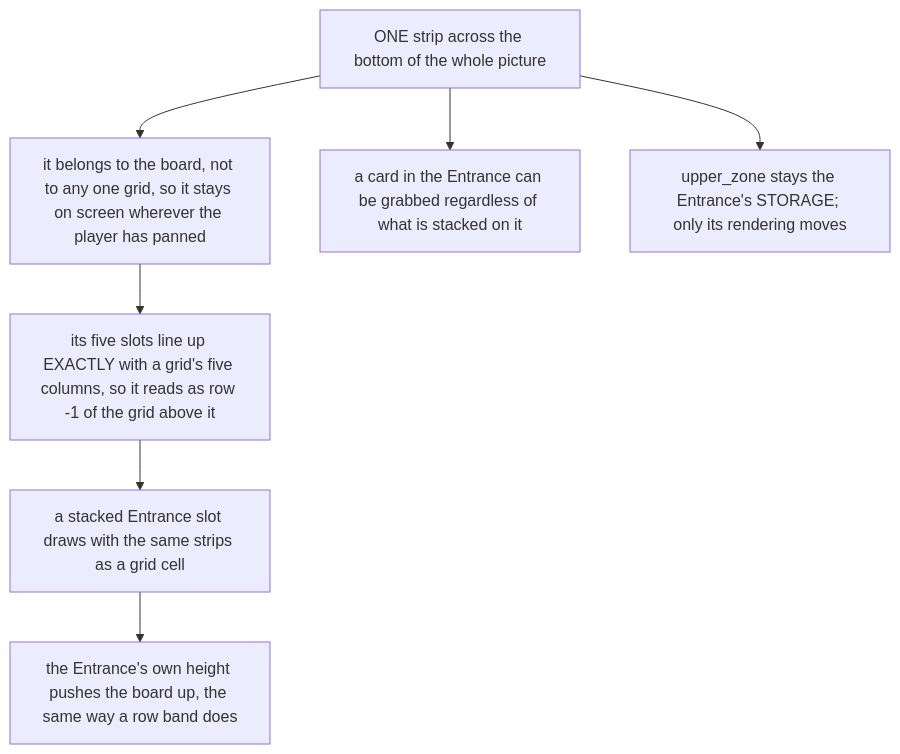
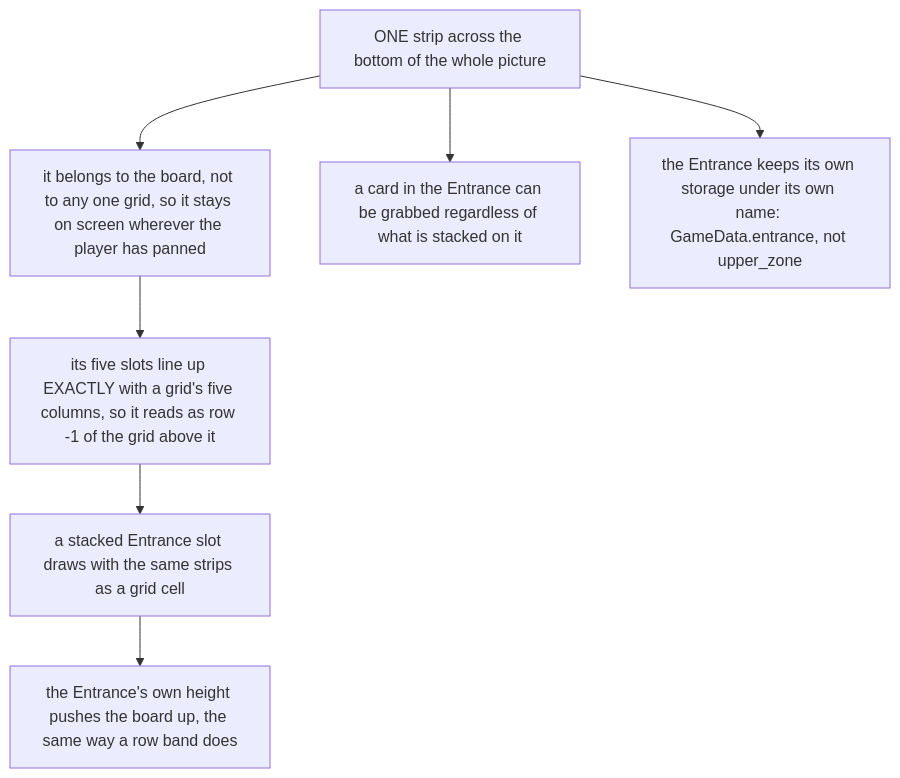
Before and after one commit to ucsdRgross/gamedev: the third of 6 diagrams in solatro/design/grid-view/DESIGN.md, drawn with Mermaid. The commit also changed other lines of this file and 6 other files, not shown here.

````diff
--- a/solatro/design/grid-view/DESIGN.md
+++ b/solatro/design/grid-view/DESIGN.md
@@ -394,16 +394,16 @@
 ```mermaid
 flowchart TD
   L1["ONE strip across the bottom of the whole picture"]
   L2["it belongs to the board, not to any one grid, so it stays on screen wherever the player has panned"]
   L3["its five slots line up EXACTLY with a grid's five columns, so it reads as row -1 of the grid above it"]
   L4["a stacked Entrance slot draws with the same strips as a grid cell"]
   L5["the Entrance's own height pushes the board up, the same way a row band does"]
   L6["a card in the Entrance can be grabbed regardless of what is stacked on it"]
-  L7["upper_zone stays the Entrance's STORAGE; only its rendering moves"]
+  L7["the Entrance keeps its own storage under its own name: GameData.entrance, not upper_zone"]
   L1 --> L2
   L2 --> L3
   L3 --> L4
   L4 --> L5
   L1 --> L6
   L1 --> L7
 ```
````
